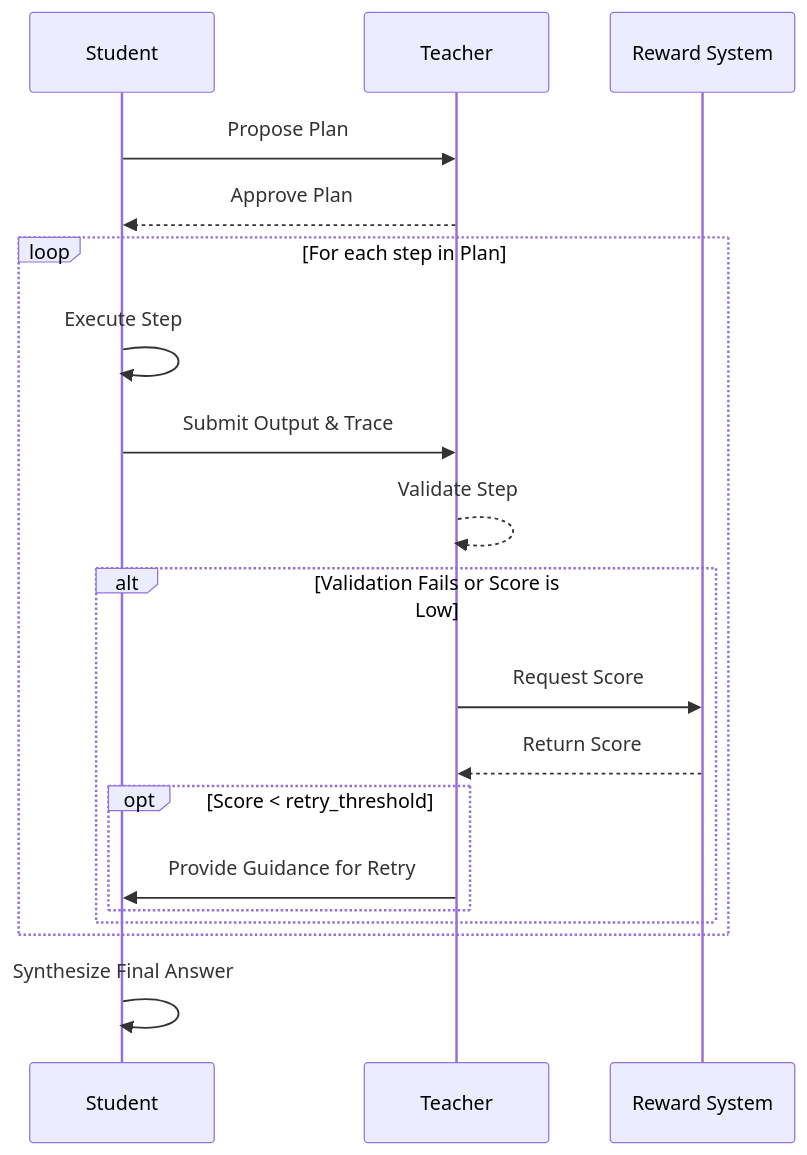
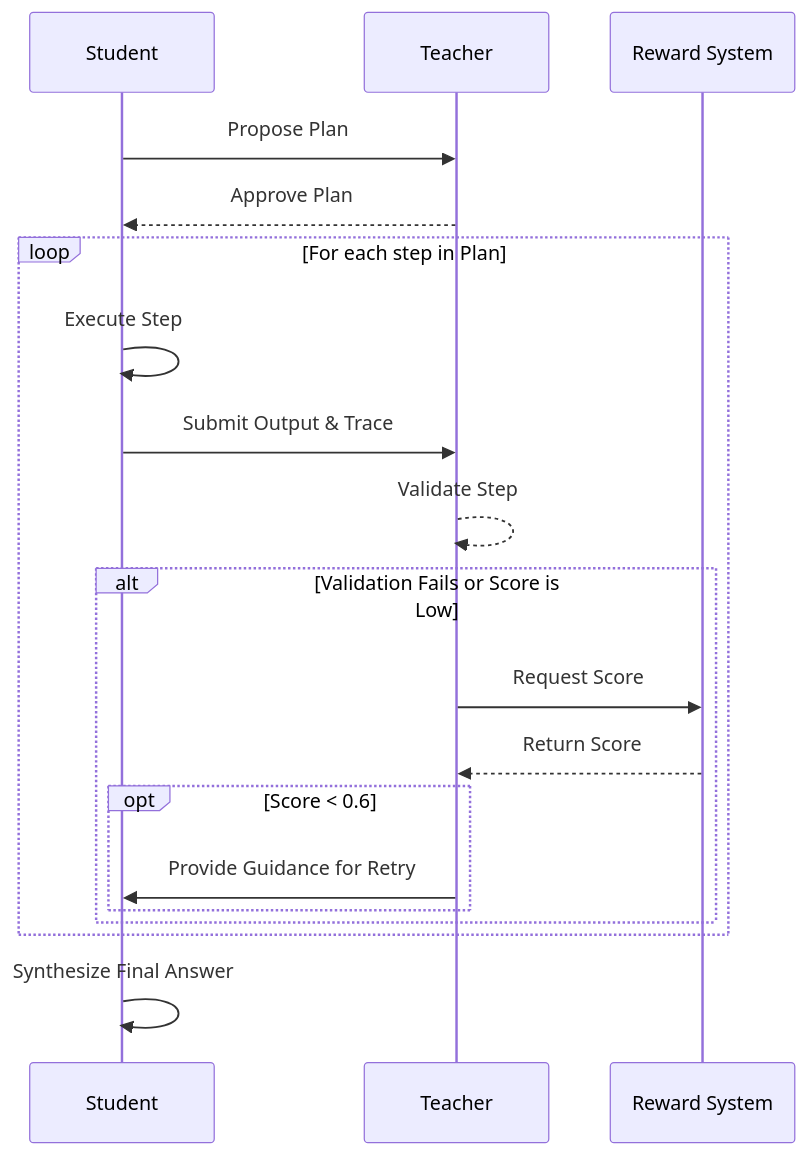
Before and after one commit to Arc-Computer/ATLAS: the diagram in docs/sdk/student-teacher-roles.mdx, drawn with Mermaid. The commit also changed other lines of this file and 8 other files, not shown here.

````diff
--- a/docs/sdk/student-teacher-roles.mdx
+++ b/docs/sdk/student-teacher-roles.mdx
@@ -47,22 +47,22 @@
 ```mermaid
 sequenceDiagram
     participant Student
     participant Teacher
     participant RewardSystem as Reward System
 
     Student->>Teacher: Propose Plan
     Teacher-->>Student: Approve Plan
     loop For each step in Plan
         Student->>Student: Execute Step
         Student->>Teacher: Submit Output & Trace
         Teacher-->>Teacher: Validate Step
         alt Validation Fails or Score is Low
             Teacher->>RewardSystem: Request Score
             RewardSystem-->>Teacher: Return Score
-            opt Score < retry_threshold
+            opt Score < 0.6
                 Teacher->>Student: Provide Guidance for Retry
             end
         end
     end
     Student->>Student: Synthesize Final Answer
 ```
````
